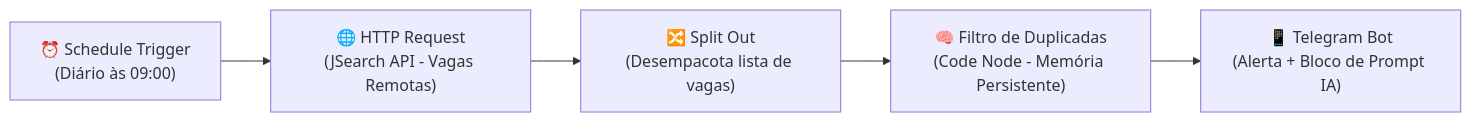
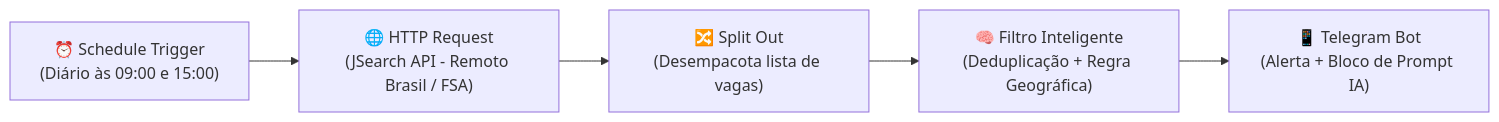
One commit to Jntgirardi/monitor-de-vagas-n8n changed the diagram in README.md. Above: the diagram before and after it, drawn with Mermaid. The commit also changed other lines of this file and 1 other file, not shown here.

Commit message:
feat: adiciona agendamento bidiario e filtro geografico para feira de santana

````diff
--- a/README.md
+++ b/README.md
@@ -9,7 +9,7 @@
 ```mermaid
 flowchart LR
-    A["⏰ Schedule Trigger<br>(Diário às 09:00)"] --> B["🌐 HTTP Request<br>(JSearch API - Vagas Remotas)"]
+    A["⏰ Schedule Trigger<br>(Diário às 09:00 e 15:00)"] --> B["🌐 HTTP Request<br>(JSearch API - Remoto Brasil / FSA)"]
     B --> C["🔀 Split Out<br>(Desempacota lista de vagas)"]
-    C --> D["🧠 Filtro de Duplicadas<br>(Code Node - Memória Persistente)"]
+    C --> D["🧠 Filtro Inteligente<br>(Deduplicação + Regra Geográfica)"]
     D --> E["📱 Telegram Bot<br>(Alerta + Bloco de Prompt IA)"]
 ```
````
